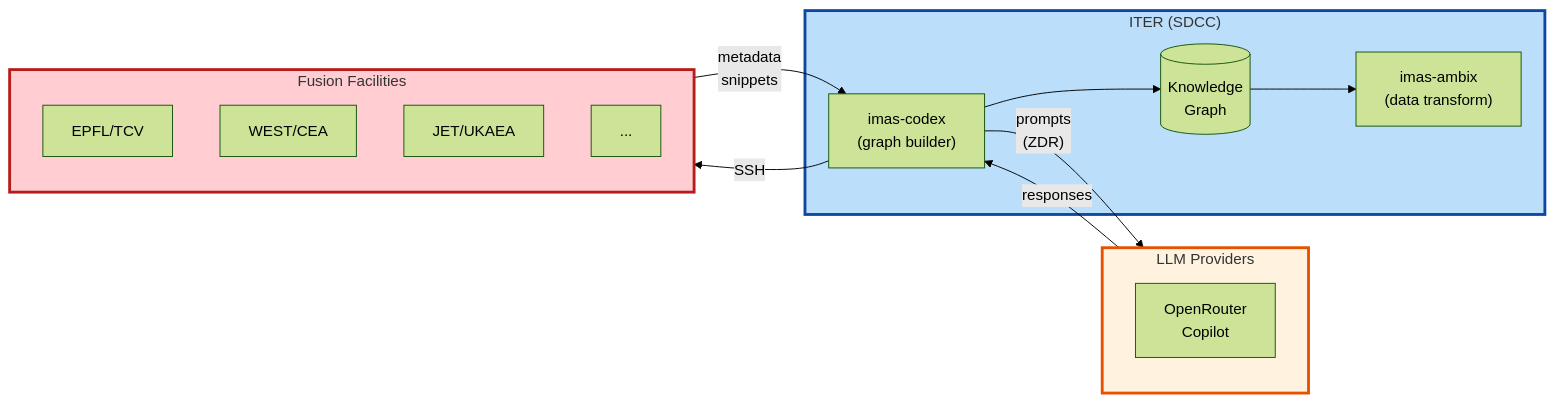
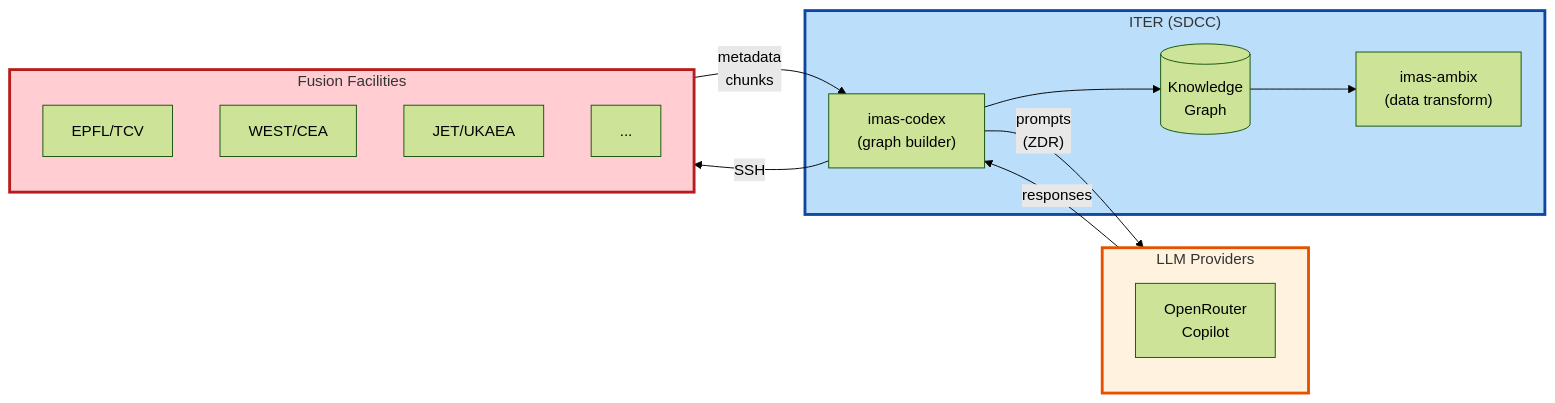
The first of 8 diagrams in docs/architecture/facility-access.md (iterorganization/imas-mcp), drawn with Mermaid (forest theme) before and after one commit. The commit also changed other lines of this file, not shown here.

First line of the commit message:
docs: improve facility-access architecture document

````diff
--- a/docs/architecture/facility-access.md
+++ b/docs/architecture/facility-access.md
@@ -44,39 +46,39 @@
 ```mermaid
 flowchart LR
     subgraph LLM_BOX["LLM Providers"]
         LLM["OpenRouter
         Copilot"]
     end
 
     subgraph ITER_BOX["ITER (SDCC)"]
         CODEX["imas-codex
         (graph builder)"]
         GRAPH[("Knowledge
         Graph")]
         AMBIX["imas-ambix
         (data transform)"]
         
         CODEX --> GRAPH
         GRAPH --> AMBIX
     end
     
     subgraph FACILITIES["Fusion Facilities"]
         direction TB
         EPFL["EPFL/TCV"]
         WEST["WEST/CEA"]
         JET["JET/UKAEA"]
         MORE["..."]
     end
 
+    LLM_BOX -->|"responses"| CODEX
+    CODEX -->|"prompts
+    (ZDR)"| LLM_BOX
+    
     CODEX -->|"SSH"| FACILITIES
     FACILITIES -->|"metadata
-    snippets"| CODEX
+    chunks"| CODEX
     
-    CODEX -->|"prompts
-    (ZDR)"| LLM_BOX
-    LLM_BOX -->|"responses"| CODEX
-    
+    style LLM_BOX fill:#fff3e0,stroke:#e65100,stroke-width:3px
     style ITER_BOX fill:#bbdefb,stroke:#0d47a1,stroke-width:3px
     style FACILITIES fill:#ffcdd2,stroke:#b71c1c,stroke-width:3px
-    style LLM_BOX fill:#fff3e0,stroke:#e65100,stroke-width:3px
 ```
````
